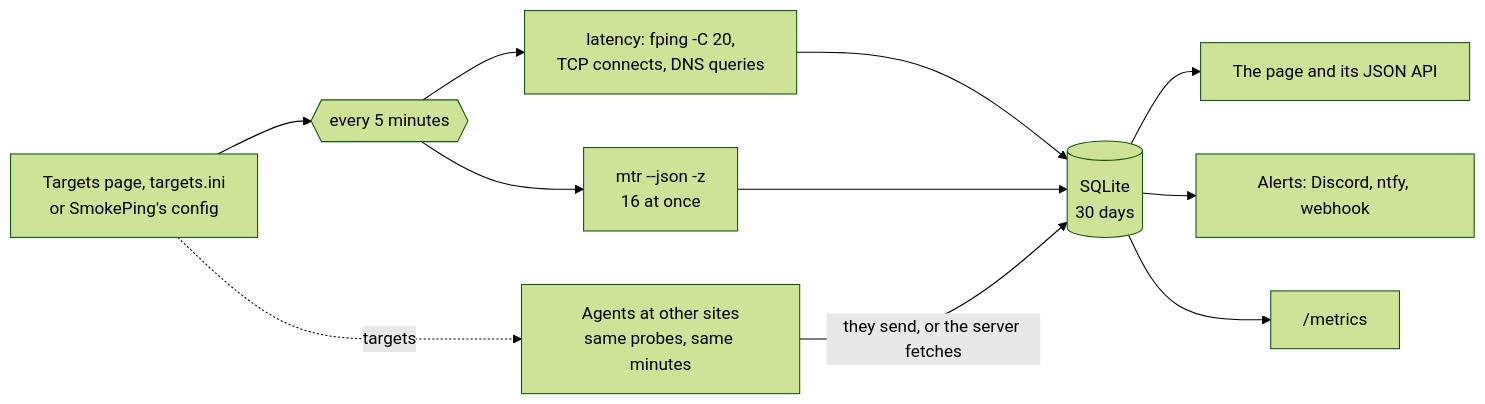
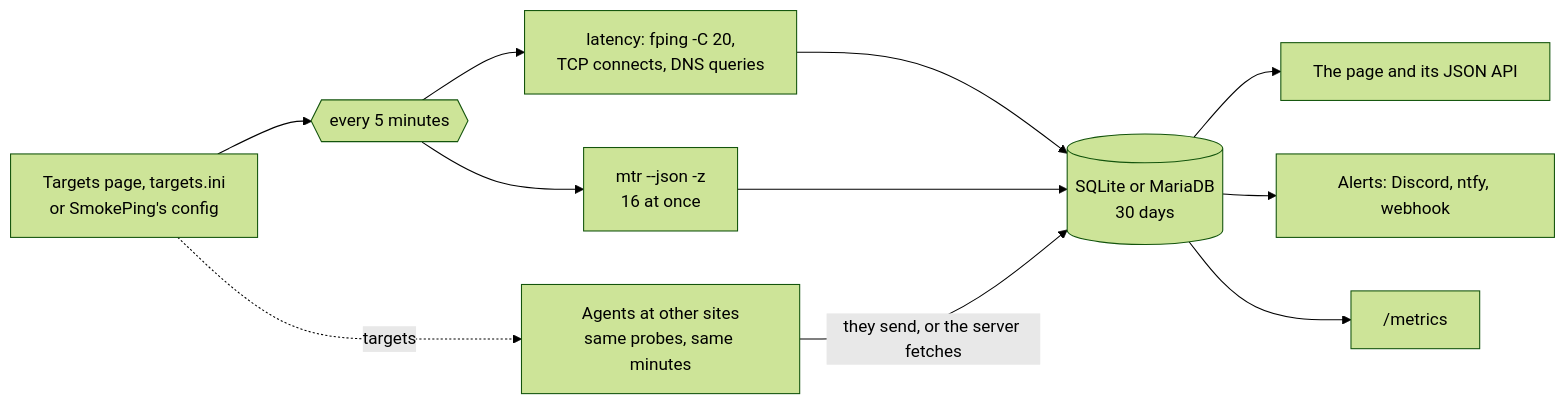
One commit to ST-DEVPT/smoketrace changed the diagram in docs/how-it-works.md. Above: the diagram before and after it, drawn with Mermaid (forest theme). The commit also changed other lines of this file and 8 other files, not shown here.

````diff
--- a/docs/how-it-works.md
+++ b/docs/how-it-works.md
@@ -32,13 +32,13 @@
 ```mermaid
 flowchart LR
   T["Targets page, targets.ini<br>or SmokePing's config"] --> R{{"every 5 minutes"}}
   R --> F["latency: fping -C 20,<br>TCP connects, DNS queries"]
   R --> M["mtr --json -z<br>16 at once"]
-  F --> DB[("SQLite<br>30 days")]
+  F --> DB[("SQLite or MariaDB<br>30 days")]
   M --> DB
   AG["Agents at other sites<br>same probes, same minutes"] -- "they send, or the server fetches" --> DB
   T -. "targets" .-> AG
   DB --> A["The page and its JSON API"]
   DB --> AL["Alerts: Discord, ntfy, webhook"]
   DB --> P["/metrics"]
 ```
````
